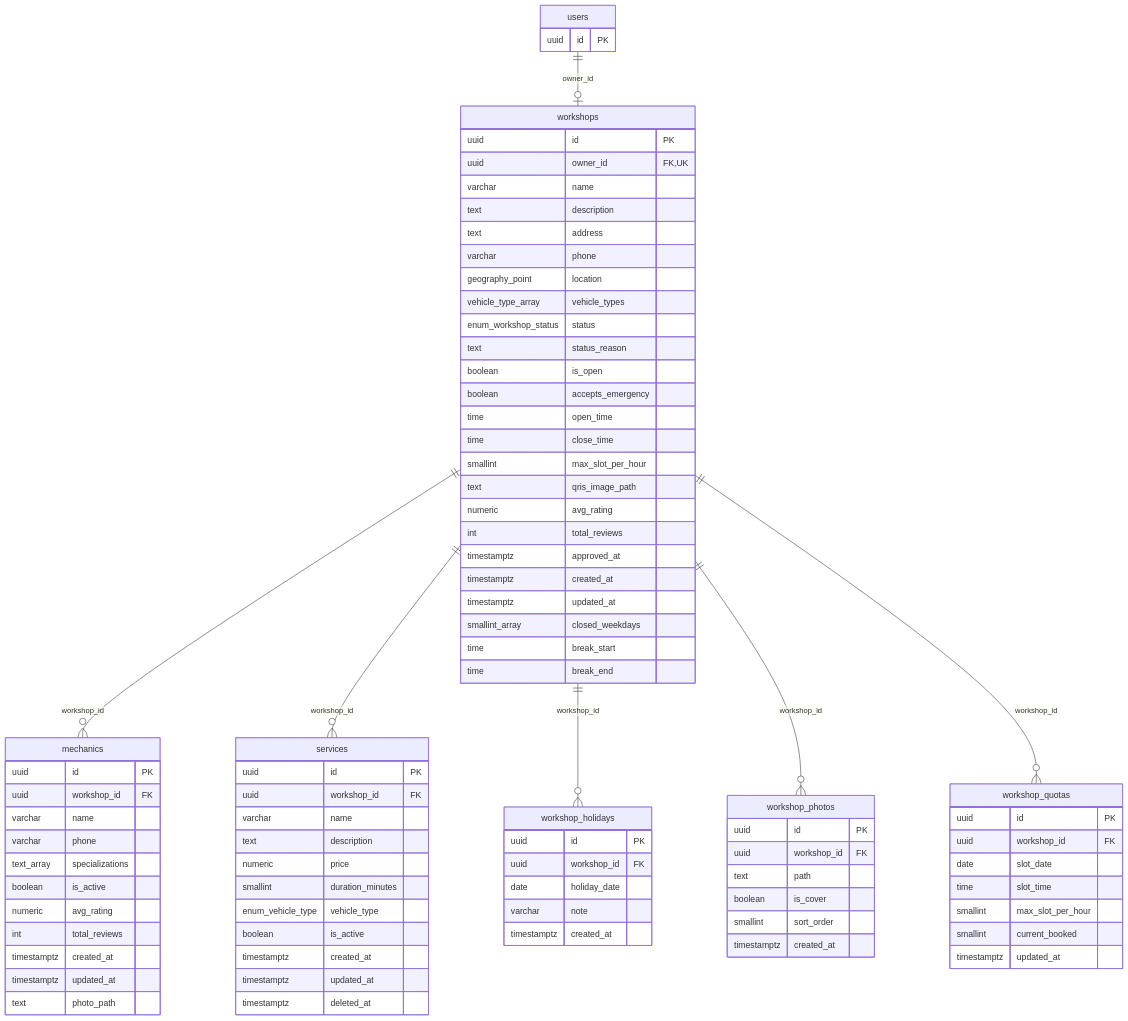
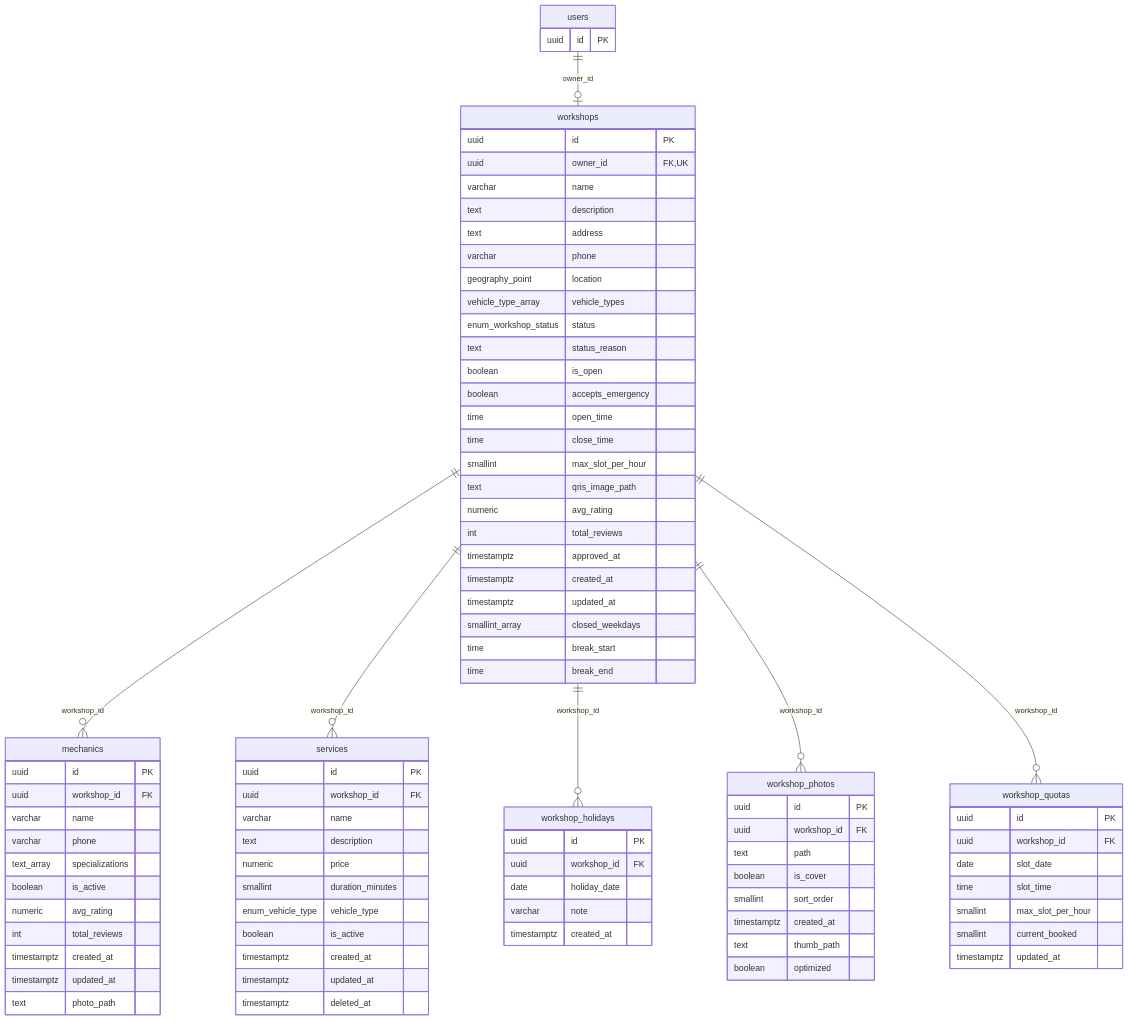
One commit to AldiRachmatdiantoo/bengkelgo changed the third of 6 diagrams in docs/erd.md. Above: the diagram before and after it, drawn with Mermaid. The commit also changed other lines of this file and 42 other files, not shown here.

```diff
--- a/docs/erd.md
+++ b/docs/erd.md
@@ -206,6 +219,8 @@
         boolean is_cover
         smallint sort_order
         timestamptz created_at
+        text thumb_path
+        boolean optimized
     }
     users {
         uuid id PK
```
